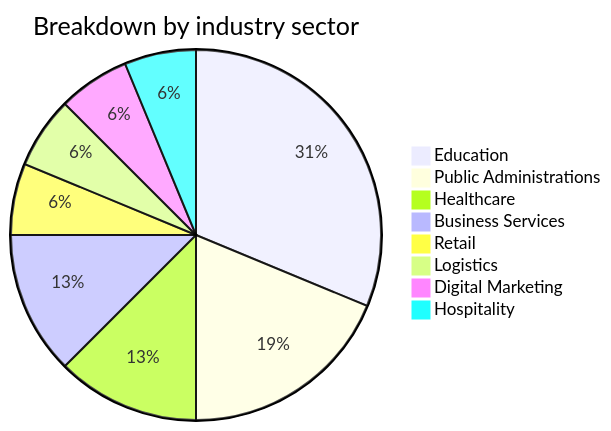
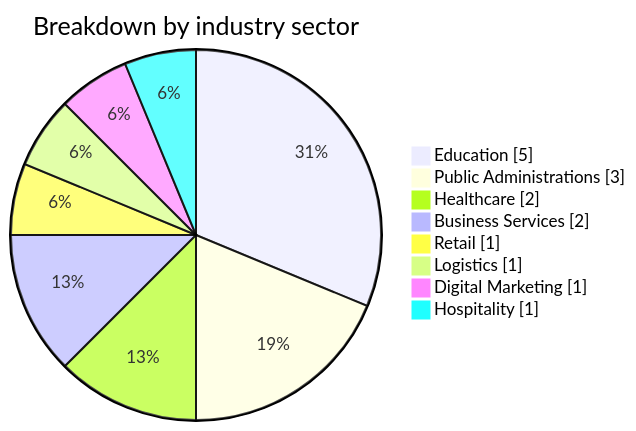
The second of 7 diagrams in CyberAttackAfrica/2025/01-january/README.md (Hatchepsoute/AFRINTEL), drawn with Mermaid before and after one commit. The commit also changed other lines of this file and 182 other files, not shown here.

````diff
--- a/CyberAttackAfrica/2025/01-january/README.md
+++ b/CyberAttackAfrica/2025/01-january/README.md
@@ -52,11 +56,12 @@
 ```mermaid
-pie title Breakdown by industry sector
+pie showData
+    title Breakdown by industry sector
     "Education" : 5
     "Public Administrations" : 3
     "Healthcare" : 2
     "Business Services" : 2
     "Retail" : 1
     "Logistics" : 1
     "Digital Marketing" : 1
     "Hospitality" : 1
 ```
````
